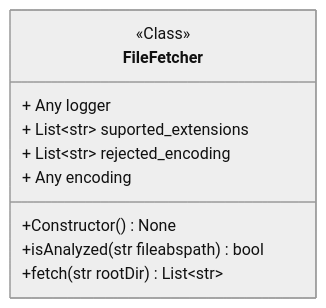
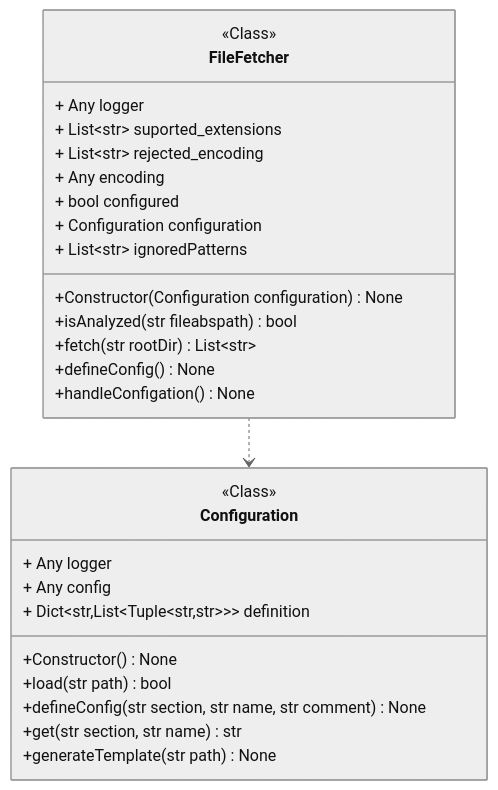
The diagram in docs/source/code/diagrams/pycodeanalyzer_core_filetree_filefetcher_FileFetcher.mmd (miong/pycodeanalyzer), drawn with Mermaid (neutral theme) before and after one commit. The commit also changed 5 other files, not shown here.

```diff
--- a/docs/source/code/diagrams/pycodeanalyzer_core_filetree_filefetcher_FileFetcher.mmd
+++ b/docs/source/code/diagrams/pycodeanalyzer_core_filetree_filefetcher_FileFetcher.mmd
@@ -1,11 +1,29 @@
 classDiagram
 class FileFetcher {
 <<Class>>
 + Any logger
 + List~str~ suported_extensions
 + List~str~ rejected_encoding
 + Any encoding
-+Constructor() None
++ bool configured
++ Configuration configuration
++ List~str~ ignoredPatterns
++Constructor(Configuration configuration) None
 +isAnalyzed(str fileabspath) bool
 +fetch(str rootDir) List~str~
++defineConfig() None
++handleConfigation() None
 }
+class Configuration {
+<<Class>>
++ Any logger
++ Any config
++ Dict&lt;str,List&lt;Tuple&lt;str,str&gt;&gt;&gt; definition
++Constructor() None
++load(str path) bool
++defineConfig(str section, str name, str comment) None
++get(str section, str name) str
++generateTemplate(str path) None
+}
+link Configuration "class££pycodeanalyzer::core::configuration::configuration::Configuration"
+FileFetcher ..> Configuration
```
